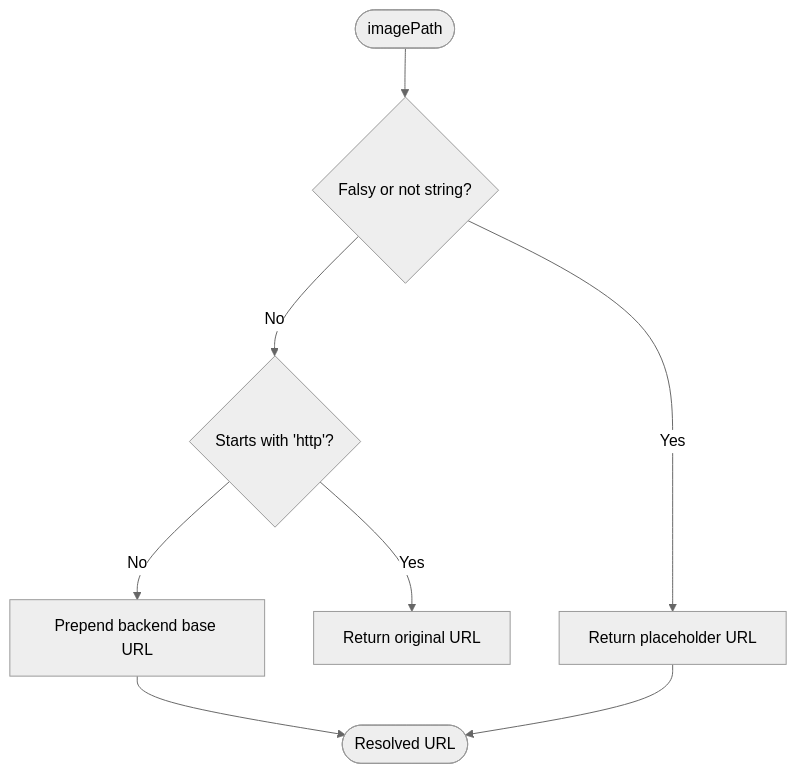
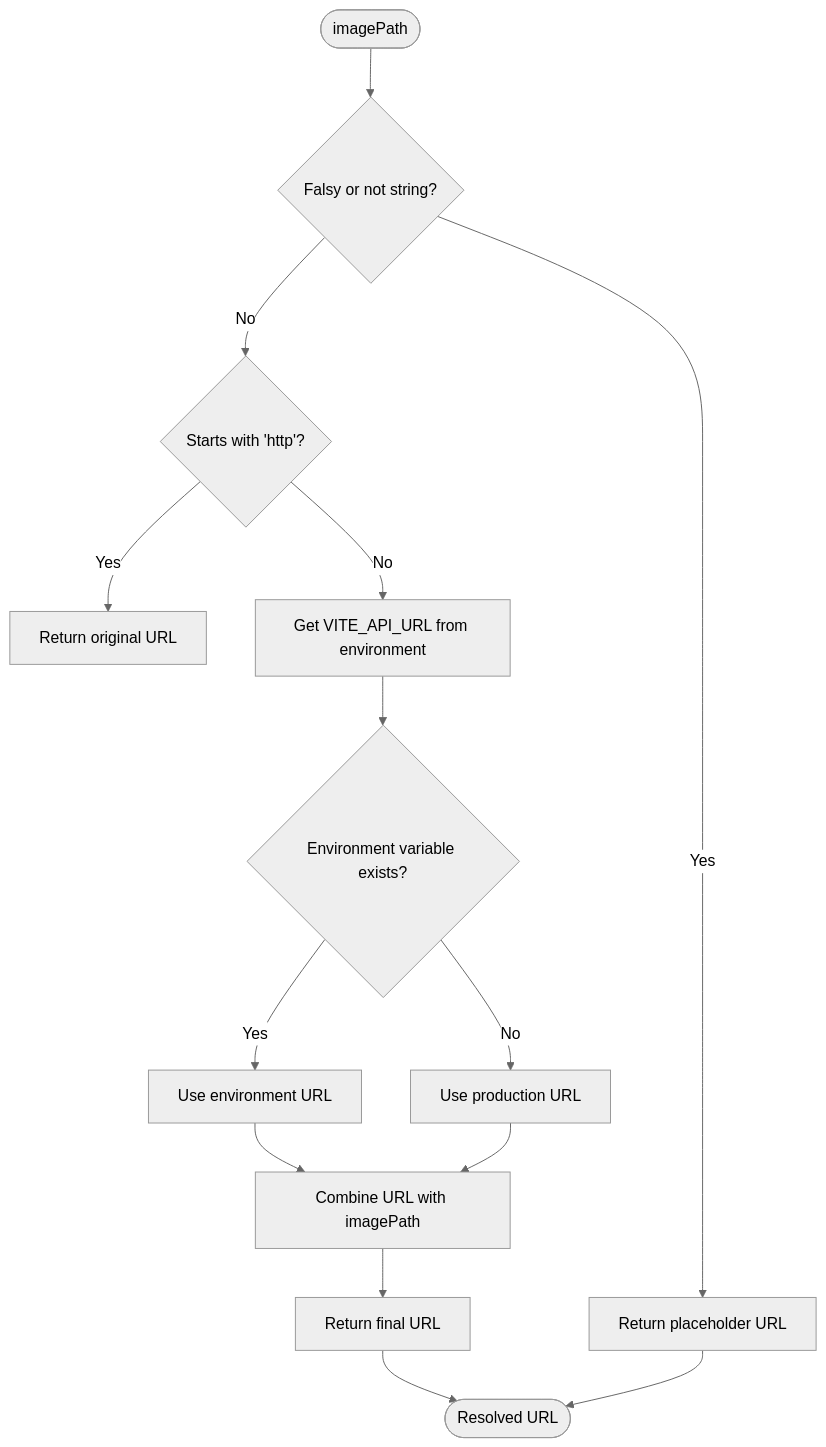
Before and after one commit to Pavan-PSPK9032/TrendsandToss: the ninth of 11 diagrams in .qoder/repowiki/en/content/Image Management.md, drawn with Mermaid (neutral theme). The commit also changed other lines of this file and 16 other files, not shown here.

````diff
--- a/.qoder/repowiki/en/content/Image Management.md
+++ b/.qoder/repowiki/en/content/Image Management.md
@@ -202,10 +405,16 @@
 ```mermaid
 flowchart TD
 In(["imagePath"]) --> IsMissing{"Falsy or not string?"}
 IsMissing -- Yes --> Placeholder["Return placeholder URL"]
 IsMissing -- No --> IsAbsolute{"Starts with 'http'?"}
 IsAbsolute -- Yes --> ReturnAbs["Return original URL"]
-IsAbsolute -- No --> Prepend["Prepend backend base URL"]
-Prepend --> Out(["Resolved URL"])
+IsAbsolute -- No --> GetEnv["Get VITE_API_URL from environment"]
+GetEnv --> HasEnv{"Environment variable exists?"}
+HasEnv -- Yes --> UseEnv["Use environment URL"]
+HasEnv -- No --> UseProd["Use production URL"]
+UseEnv --> Combine["Combine URL with imagePath"]
+UseProd --> Combine
+Combine --> ReturnCloudinary["Return final URL"]
+ReturnCloudinary --> Out(["Resolved URL"])
 Placeholder --> Out
 ```
````
